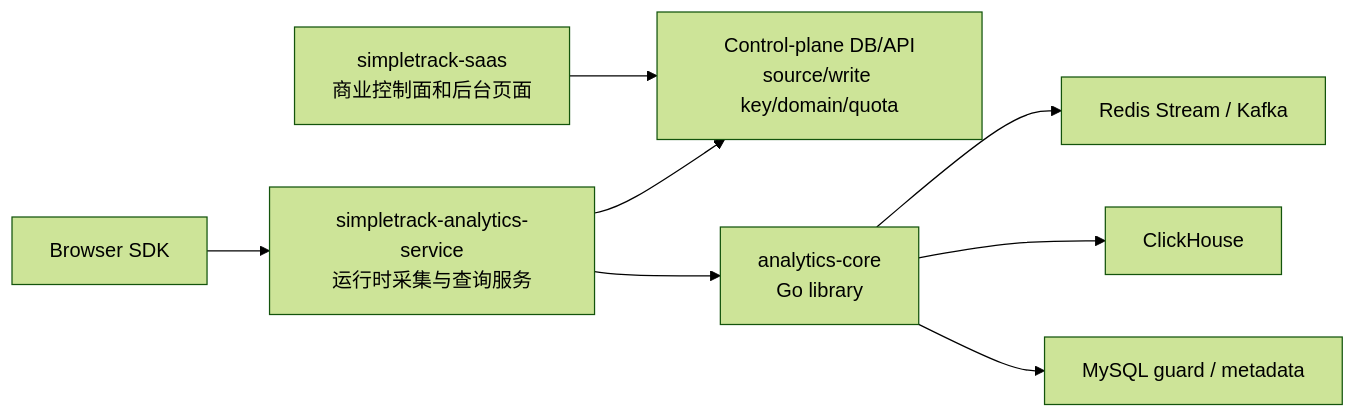
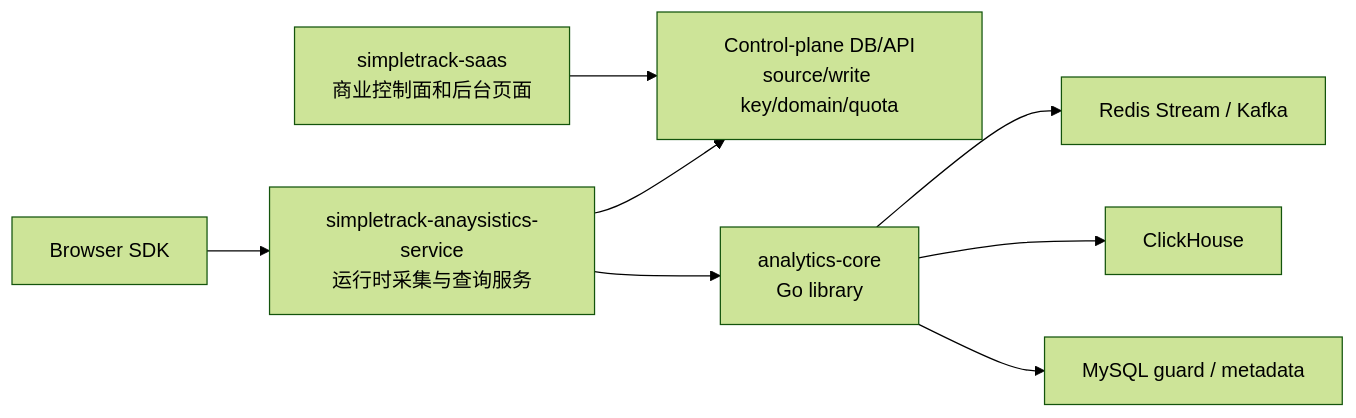
One commit to RoggerZ/uba changed the diagram in simpletrack/docs/实施决策/SimpleTrack分析服务职责边界.md. Above: the diagram before and after it, drawn with Mermaid (forest theme). The commit also changed other lines of this file and 5 other files, not shown here.

````diff
--- a/simpletrack/docs/实施决策/SimpleTrack分析服务职责边界.md
+++ b/simpletrack/docs/实施决策/SimpleTrack分析服务职责边界.md
@@ -19,10 +19,10 @@
 ```mermaid
 flowchart LR
-  SDK["Browser SDK"] --> AS["simpletrack-analytics-service<br/>运行时采集与查询服务"]
+  SDK["Browser SDK"] --> AS["simpletrack-anaysistics-service<br/>运行时采集与查询服务"]
   SaaS["simpletrack-saas<br/>商业控制面和后台页面"] --> Config["Control-plane DB/API<br/>source/write key/domain/quota"]
   AS --> Config
   AS --> Core["analytics-core<br/>Go library"]
   Core --> Redis["Redis Stream / Kafka"]
   Core --> CH["ClickHouse"]
   Core --> MySQL["MySQL guard / metadata"]
 ```
````
